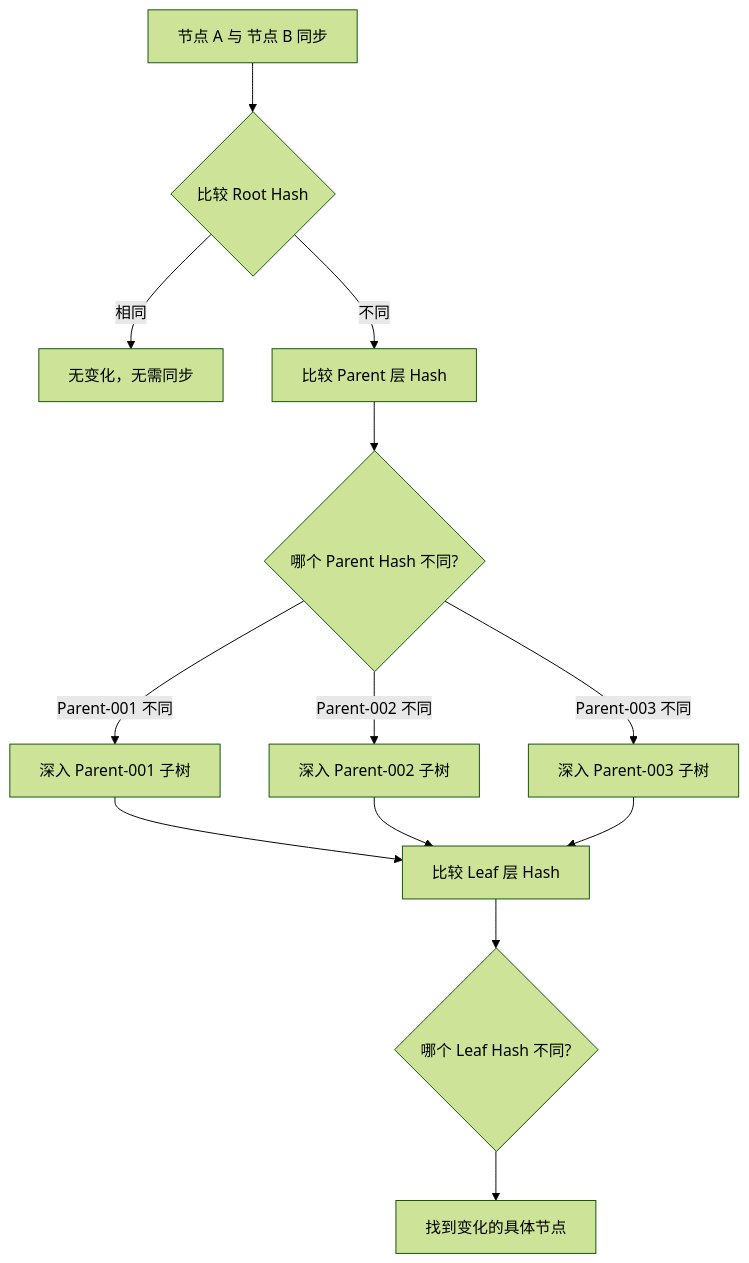
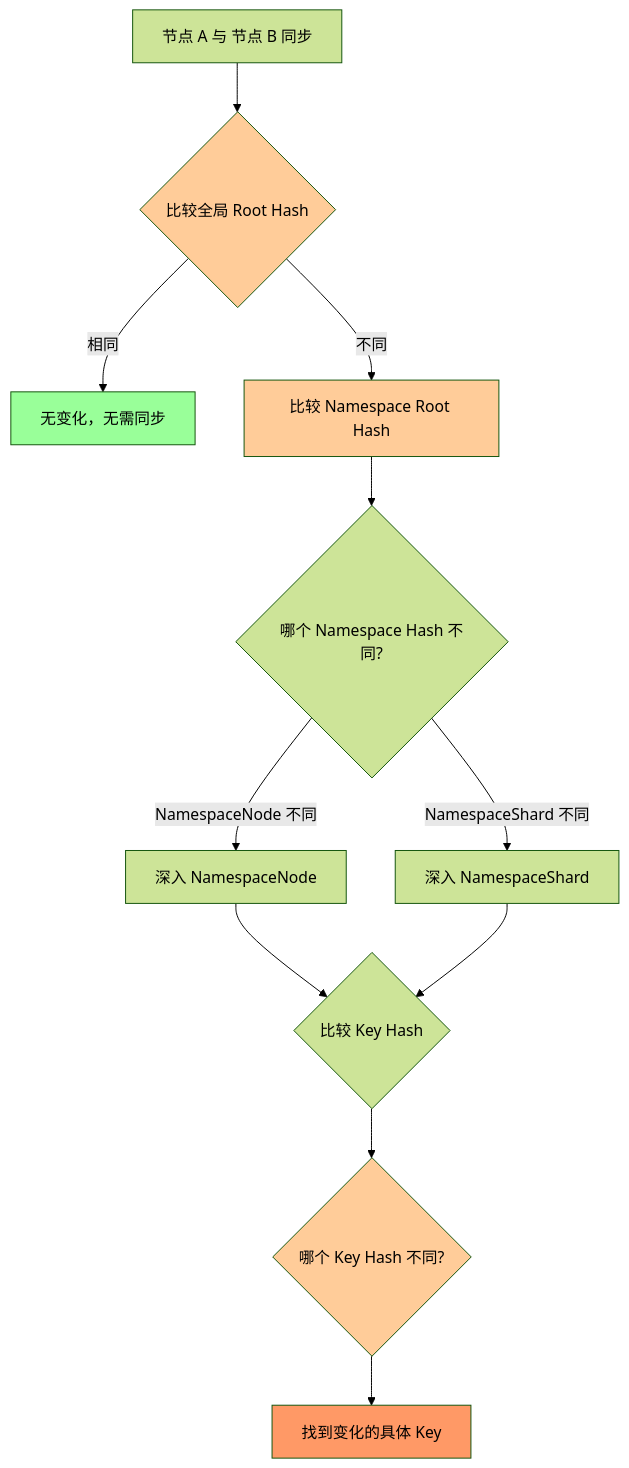
The first of 4 diagrams in docs/07_spike/tree-coordinator-merkle-tree.md (jzhang405/NexKV), drawn with Mermaid (forest theme) before and after one commit. The commit also changed other lines of this file, not shown here.

First line of the commit message:
docs(spike): 整合 node-sync-optimization.md 到 tree-coordinator-merkle-tree.md

````diff
--- a/docs/07_spike/tree-coordinator-merkle-tree.md
+++ b/docs/07_spike/tree-coordinator-merkle-tree.md
@@ -219,18 +87,23 @@
 ```mermaid
 flowchart TD
-    Start[节点 A 与 节点 B 同步] --> CompareRoot{比较 Root Hash}
-    CompareRoot -->|相同| NoChange[无变化，无需同步]
-    CompareRoot -->|不同| CompareParent[比较 Parent 层 Hash]
+    Start[节点 A 与 节点 B 同步] --> CompareGlobal{比较全局 Root Hash}
 
-    CompareParent --> ParentDiff{哪个 Parent Hash 不同?}
-    ParentDiff -->|Parent-001 不同| DrillDown1[深入 Parent-001 子树]
-    ParentDiff -->|Parent-002 不同| DrillDown2[深入 Parent-002 子树]
-    ParentDiff -->|Parent-003 不同| DrillDown3[深入 Parent-003 子树]
+    CompareGlobal -->|相同| NoSync[无变化，无需同步]
+    CompareGlobal -->|不同| CompareNamespace[比较 Namespace Root Hash]
 
-    DrillDown1 --> LeafCompare[比较 Leaf 层 Hash]
-    DrillDown2 --> LeafCompare
-    DrillDown3 --> LeafCompare
+    CompareNamespace --> NamespaceDiff{哪个 Namespace Hash 不同?}
+    NamespaceDiff -->|NamespaceNode 不同| DrillDownNode[深入 NamespaceNode]
+    NamespaceDiff -->|NamespaceShard 不同| DrillDownShard[深入 NamespaceShard]
 
-    LeafCompare --> LeafDiff{哪个 Leaf Hash 不同?}
-    LeafDiff --> Found[找到变化的具体节点]
+    DrillDownNode --> KeyCompare{比较 Key Hash}
+    DrillDownShard --> KeyCompare
+
+    KeyCompare --> KeyDiff{哪个 Key Hash 不同?}
+    KeyDiff --> Found[找到变化的具体 Key]
+
+    style NoSync fill:#9f9
+    style Found fill:#f96
+    style CompareGlobal fill:#fc9
+    style CompareNamespace fill:#fc9
+    style KeyDiff fill:#fc9
 ```
````
